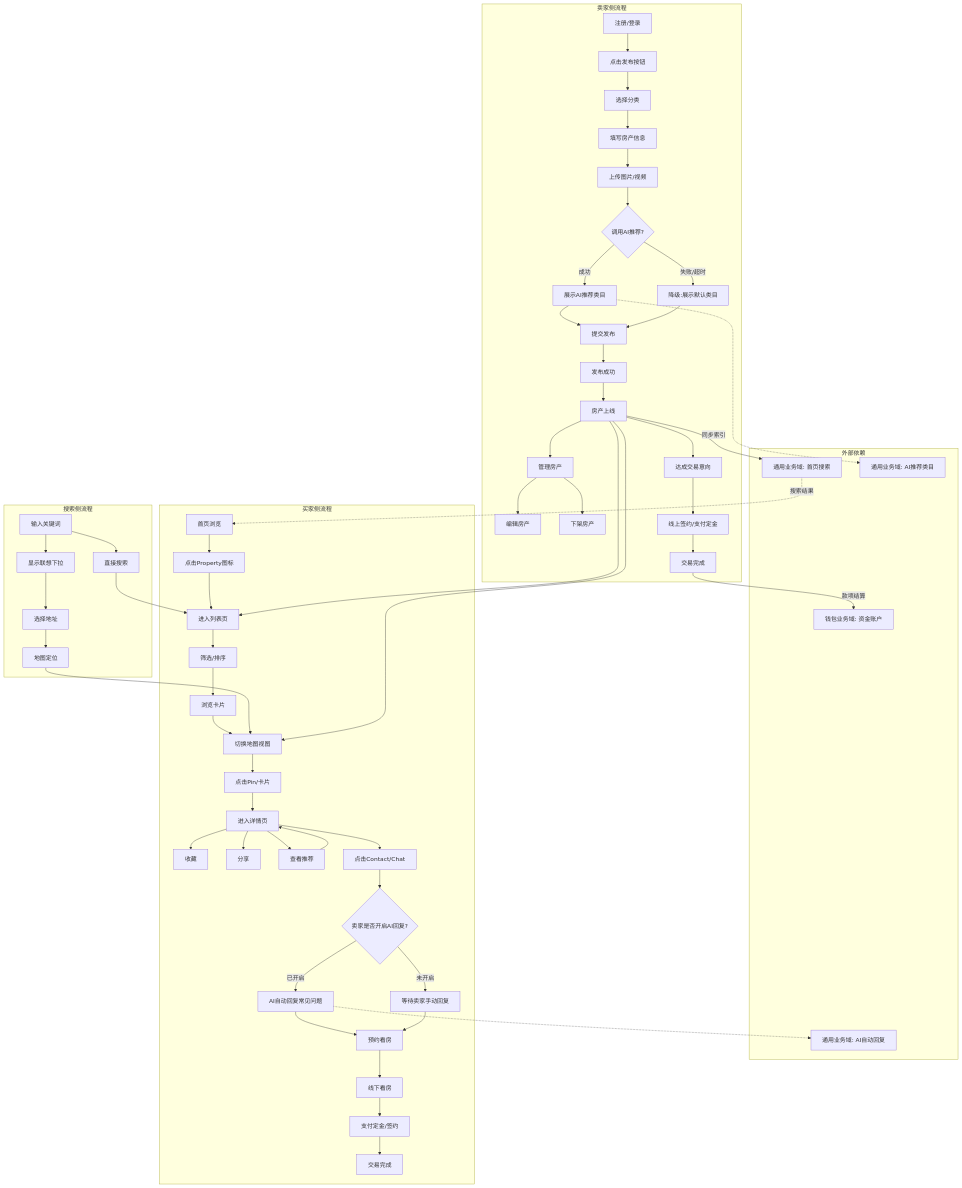
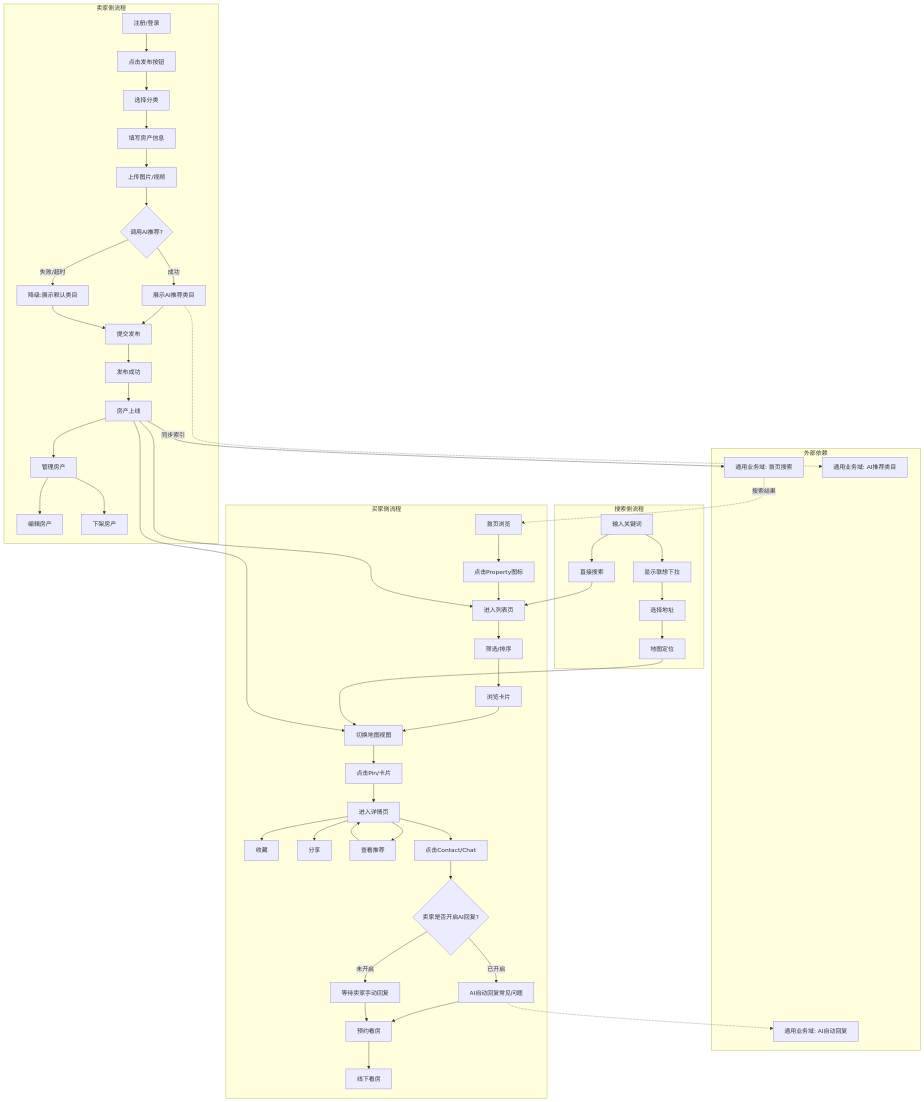
One commit to jiadan-user/jiacangku changed the first of 3 diagrams in bundled/knowledge_base/业务知识图谱/房产业务域/房产业务全景.md. Above: the diagram before and after it, drawn with Mermaid. The commit also changed other lines of this file and 4 other files, not shown here.

````diff
--- a/bundled/knowledge_base/业务知识图谱/房产业务域/房产业务全景.md
+++ b/bundled/knowledge_base/业务知识图谱/房产业务域/房产业务全景.md
@@ -42,67 +42,60 @@
 ```mermaid
 graph TB
     subgraph 外部依赖
-        Wallet[钱包业务域: 资金账户]
         Search[通用业务域: 首页搜索]
         AI[通用业务域: AI推荐类目]
         Chat[通用业务域: AI自动回复]
     end
 
     subgraph 卖家侧流程
         A1[注册/登录] --> A2[点击发布按钮]
         A2 --> A3[选择分类]
         A3 --> A4[填写房产信息]
         A4 --> A5[上传图片/视频]
         A5 --> AI_Call{调用AI推荐?}
         AI_Call -->|成功| AI_Success[展示AI推荐类目] -.-> AI
         AI_Call -->|失败/超时| AI_Fail[降级:展示默认类目]
         AI_Success --> A6[提交发布]
         AI_Fail --> A6
         A6 --> A7[发布成功]
         A7 --> A8[房产上线]
         A8 -->|同步索引| Search
         A8 --> A9[管理房产]
         A9 --> A10[编辑房产]
         A9 --> A11[下架房产]
-        A8 --> A12[达成交易意向]
-        A12 --> A13[线上签约/支付定金]
-        A13 --> A14[交易完成]
-        A14 -->|款项结算| Wallet
     end
     
     subgraph 买家侧流程
         Search -.->|搜索结果| B1
         B1[首页浏览] --> B2[点击Property图标]
         B2 --> B3[进入列表页]
         B3 --> B4[筛选/排序]
         B4 --> B5[浏览卡片]
         B5 --> B6[切换地图视图]
         B6 --> B7[点击Pin/卡片]
         B7 --> B8[进入详情页]
         B8 --> B9[收藏]
         B8 --> B10[分享]
         B8 --> B11[查看推荐]
         B11 --> B8
         B8 --> B12[点击Contact/Chat]
         B12 --> Chat_Call{卖家是否开启AI回复?}
         Chat_Call -->|已开启| Chat_Auto[AI自动回复常见问题] -.-> Chat
         Chat_Call -->|未开启| Chat_Manual[等待卖家手动回复]
         Chat_Auto --> B13[预约看房]
         Chat_Manual --> B13
         B13 --> B14[线下看房]
-        B14 --> B15[支付定金/签约]
-        B15 --> B16[交易完成]
     end
     
     subgraph 搜索侧流程
         C1[输入关键词] --> C2[显示联想下拉]
         C2 --> C3[选择地址]
         C3 --> C4[地图定位]
         C4 --> B6
         C1 --> C5[直接搜索]
         C5 --> B3
     end
     
     A8 --> B3
     A8 --> B6
 ```
````
